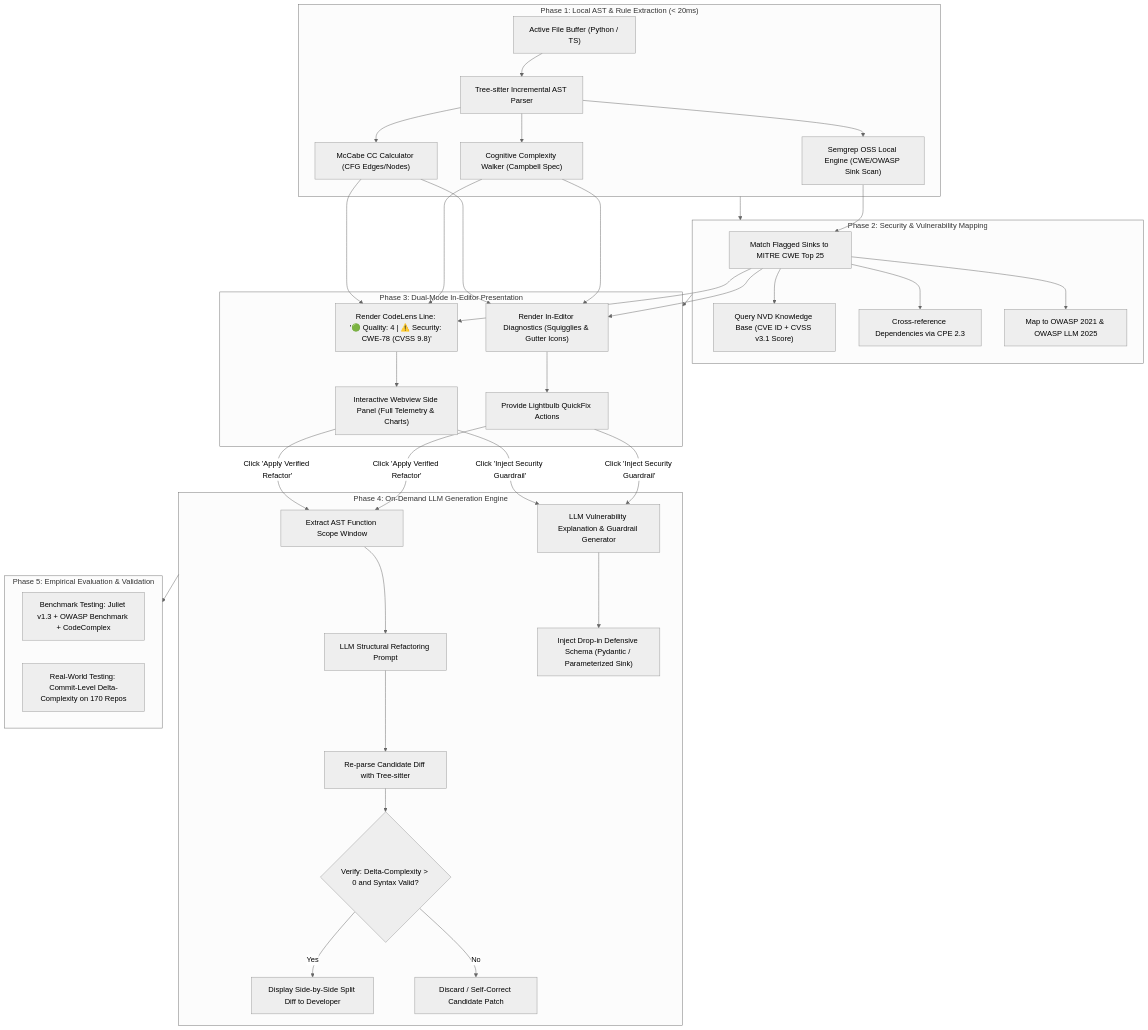
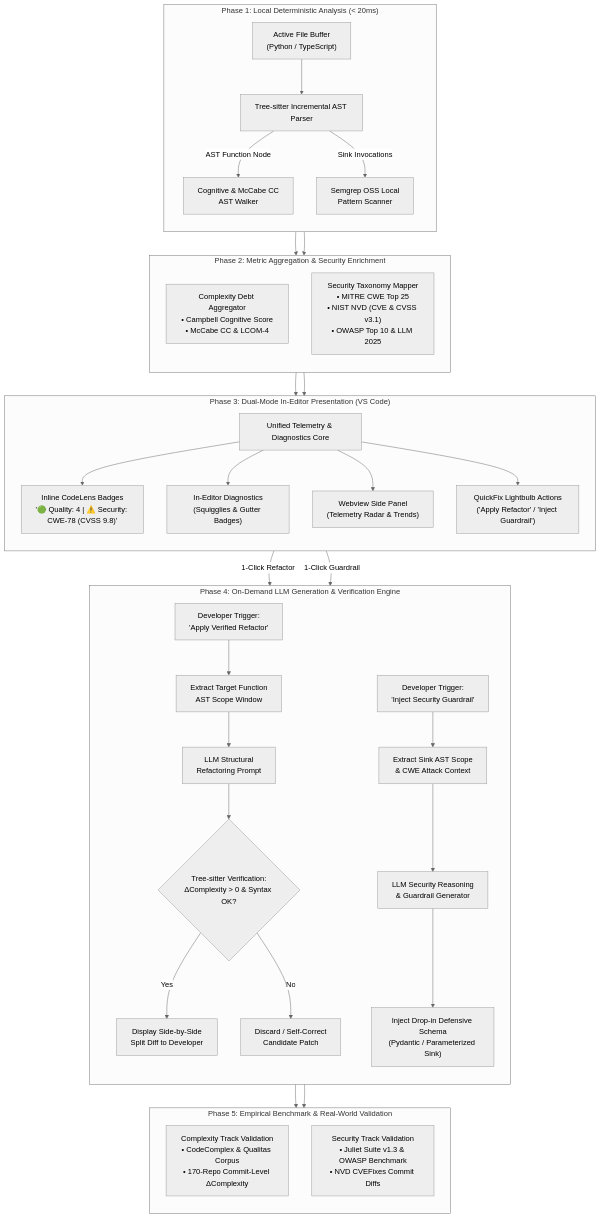
The second of 4 diagrams in 01_project_proposals/Final_Combined_Project_Specification.md (Fool-Penguin/Senior-Project), drawn with Mermaid (neutral theme) before and after one commit. The commit also changed other lines of this file and 2 other files, not shown here.

Commit message:
docs: optimize Mermaid pipeline architecture to balanced adaptive layout and add high-res diagrams

````diff
--- a/01_project_proposals/Final_Combined_Project_Specification.md
+++ b/01_project_proposals/Final_Combined_Project_Specification.md
@@ -170,43 +180,86 @@
 ```mermaid
 flowchart TD
-    subgraph Phase1 ["Phase 1: Local AST & Rule Extraction (< 20ms)"]
-        P1A["Active File Buffer (Python / TS)"] --> P1B["Tree-sitter Incremental AST Parser"]
-        P1B --> P1C["Cognitive Complexity Walker (Campbell Spec)"]
-        P1B --> P1D["McCabe CC Calculator (CFG Edges/Nodes)"]
-        P1B --> P1E["Semgrep OSS Local Engine (CWE/OWASP Sink Scan)"]
+    %% Phase 1: Local Deterministic Analysis
+    subgraph Phase1 ["Phase 1: Local Deterministic Analysis (< 20ms)"]
+        direction TB
+        P1_Buffer["Active File Buffer<br/>(Python / TypeScript)"]
+        P1_TreeSitter["Tree-sitter Incremental AST Parser"]
+        
+        P1_CompAST["Cognitive & McCabe CC<br/>AST Walker"]
+        P1_Semgrep["Semgrep OSS Local<br/>Pattern Scanner"]
+        
+        P1_Buffer --> P1_TreeSitter
+        P1_TreeSitter -->|"AST Function Node"| P1_CompAST
+        P1_TreeSitter -->|"Sink Invocations"| P1_Semgrep
     end
 
-    subgraph Phase2 ["Phase 2: Security & Vulnerability Mapping"]
-        P1E --> P2A["Match Flagged Sinks to MITRE CWE Top 25"]
-        P2A --> P2B["Query NVD Knowledge Base (CVE ID + CVSS v3.1 Score)"]
-        P2A --> P2C["Cross-reference Dependencies via CPE 2.3"]
-        P2A --> P2D["Map to OWASP 2021 & OWASP LLM 2025"]
+    %% Phase 2: Metric Aggregation & Security Mapping
+    subgraph Phase2 ["Phase 2: Metric Aggregation & Security Enrichment"]
+        direction TB
+        P2_Metrics["Complexity Debt Aggregator<br/>• Campbell Cognitive Score<br/>• McCabe CC & LCOM-4"]
+        P2_Taxonomy["Security Taxonomy Mapper<br/>• MITRE CWE Top 25<br/>• NIST NVD (CVE & CVSS v3.1)<br/>• OWASP Top 10 & LLM 2025"]
+
+        P1_CompAST --> P2_Metrics
+        P1_Semgrep --> P2_Taxonomy
     end
 
-    subgraph Phase3 ["Phase 3: Dual-Mode In-Editor Presentation"]
-        P1C & P1D & P2A --> P3A["Render In-Editor Diagnostics (Squigglies & Gutter Icons)"]
-        P1C & P1D & P2A --> P3B["Render CodeLens Line: '🟢 Quality: 4 | ⚠️ Security: CWE-78 (CVSS 9.8)'"]
-        P3A --> P3C["Provide Lightbulb QuickFix Actions"]
-        P3B --> P3D["Interactive Webview Side Panel (Full Telemetry & Charts)"]
+    %% Phase 3: Dual-Mode In-Editor Presentation
+    subgraph Phase3 ["Phase 3: Dual-Mode In-Editor Presentation (VS Code)"]
+        direction TB
+        P3_Telemetry["Unified Telemetry & Diagnostics Core"]
+        
+        P2_Metrics --> P3_Telemetry
+        P2_Taxonomy --> P3_Telemetry
+
+        P3_CodeLens["Inline CodeLens Badges<br/>'🟢 Quality: 4 | ⚠️ Security: CWE-78 (CVSS 9.8)'"]
+        P3_Diagnostics["In-Editor Diagnostics<br/>(Squigglies & Gutter Badges)"]
+        P3_SidePanel["Webview Side Panel<br/>(Telemetry Radar & Trends)"]
+        P3_QuickFix["QuickFix Lightbulb Actions<br/>('Apply Refactor' / 'Inject Guardrail')"]
+
+        P3_Telemetry --> P3_CodeLens
+        P3_Telemetry --> P3_Diagnostics
+        P3_Telemetry --> P3_SidePanel
+        P3_Telemetry --> P3_QuickFix
     end
 
-    subgraph Phase4 ["Phase 4: On-Demand LLM Generation Engine"]
-        P3C & P3D -->|"Click 'Apply Verified Refactor'"| P4A["Extract AST Function Scope Window"]
-        P4A --> P4B["LLM Structural Refactoring Prompt"]
-        P4B --> P4C["Re-parse Candidate Diff with Tree-sitter"]
-        P4C --> P4D{"Verify: Delta-Complexity > 0 and Syntax Valid?"}
-        P4D -->|"Yes"| P4E["Display Side-by-Side Split Diff to Developer"]
-        P4D -->|"No"| P4F["Discard / Self-Correct Candidate Patch"]
+    %% Phase 4: On-Demand LLM Generation Engine
+    subgraph Phase4 ["Phase 4: On-Demand LLM Generation & Verification Engine"]
+        direction TB
         
-        P3C & P3D -->|"Click 'Inject Security Guardrail'"| P4G["LLM Vulnerability Explanation & Guardrail Generator"]
-        P4G --> P4H["Inject Drop-in Defensive Schema (Pydantic / Parameterized Sink)"]
+        %% Track A: Refactoring
+        P4_ActionRefactor["Developer Trigger:<br/>'Apply Verified Refactor'"]
+        P4_ASTScope["Extract Target Function<br/>AST Scope Window"]
+        P4_LLMRefactor["LLM Structural<br/>Refactoring Prompt"]
+        P4_Verify{"Tree-sitter Verification:<br/>ΔComplexity > 0 & Syntax OK?"}
+        P4_DiffPreview["Display Side-by-Side<br/>Split Diff to Developer"]
+        P4_SelfCorrect["Discard / Self-Correct<br/>Candidate Patch"]
+
+        %% Track B: Security Guardrails
+        P4_ActionGuardrail["Developer Trigger:<br/>'Inject Security Guardrail'"]
+        P4_SinkContext["Extract Sink AST Scope<br/>& CWE Attack Context"]
+        P4_LLMGuard["LLM Security Reasoning<br/>& Guardrail Generator"]
+        P4_InjectGuard["Inject Drop-in Defensive Schema<br/>(Pydantic / Parameterized Sink)"]
+
+        %% UI to Actions
+        P3_QuickFix -->|"1-Click Refactor"| P4_ActionRefactor
+        P3_QuickFix -->|"1-Click Guardrail"| P4_ActionGuardrail
+
+        %% Flow A
+        P4_ActionRefactor --> P4_ASTScope --> P4_LLMRefactor --> P4_Verify
+        P4_Verify -- "Yes" --> P4_DiffPreview
+        P4_Verify -- "No" --> P4_SelfCorrect
+
+        %% Flow B
+        P4_ActionGuardrail --> P4_SinkContext --> P4_LLMGuard --> P4_InjectGuard
     end
 
-    subgraph Phase5 ["Phase 5: Empirical Evaluation & Validation"]
-        P5A["Benchmark Testing: Juliet v1.3 + OWASP Benchmark + CodeComplex"]
-        P5B["Real-World Testing: Commit-Level Delta-Complexity on 170 Repos"]
+    %% Phase 5: Empirical Evaluation & Validation
+    subgraph Phase5 ["Phase 5: Empirical Benchmark & Real-World Validation"]
+        direction TB
+        P5_BenchComp["Complexity Track Validation<br/>• CodeComplex & Qualitas Corpus<br/>• 170-Repo Commit-Level ΔComplexity"]
+        P5_BenchSec["Security Track Validation<br/>• Juliet Suite v1.3 & OWASP Benchmark<br/>• NVD CVEFixes Commit Diffs"]
+
+        P4_DiffPreview --> P5_BenchComp
+        P4_InjectGuard --> P5_BenchSec
     end
-
-    Phase1 --> Phase2 --> Phase3
-    Phase4 --> Phase5
 ```
````
